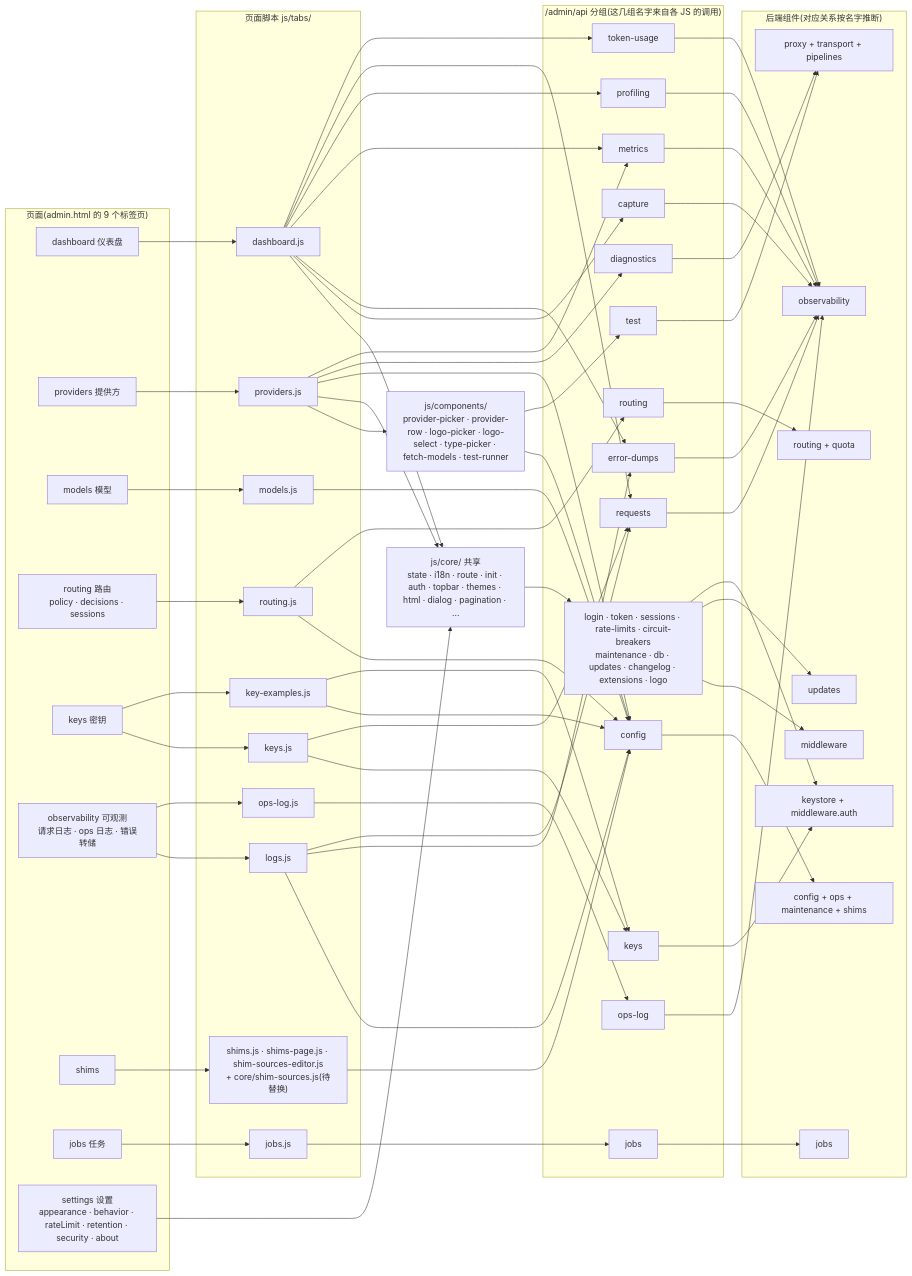
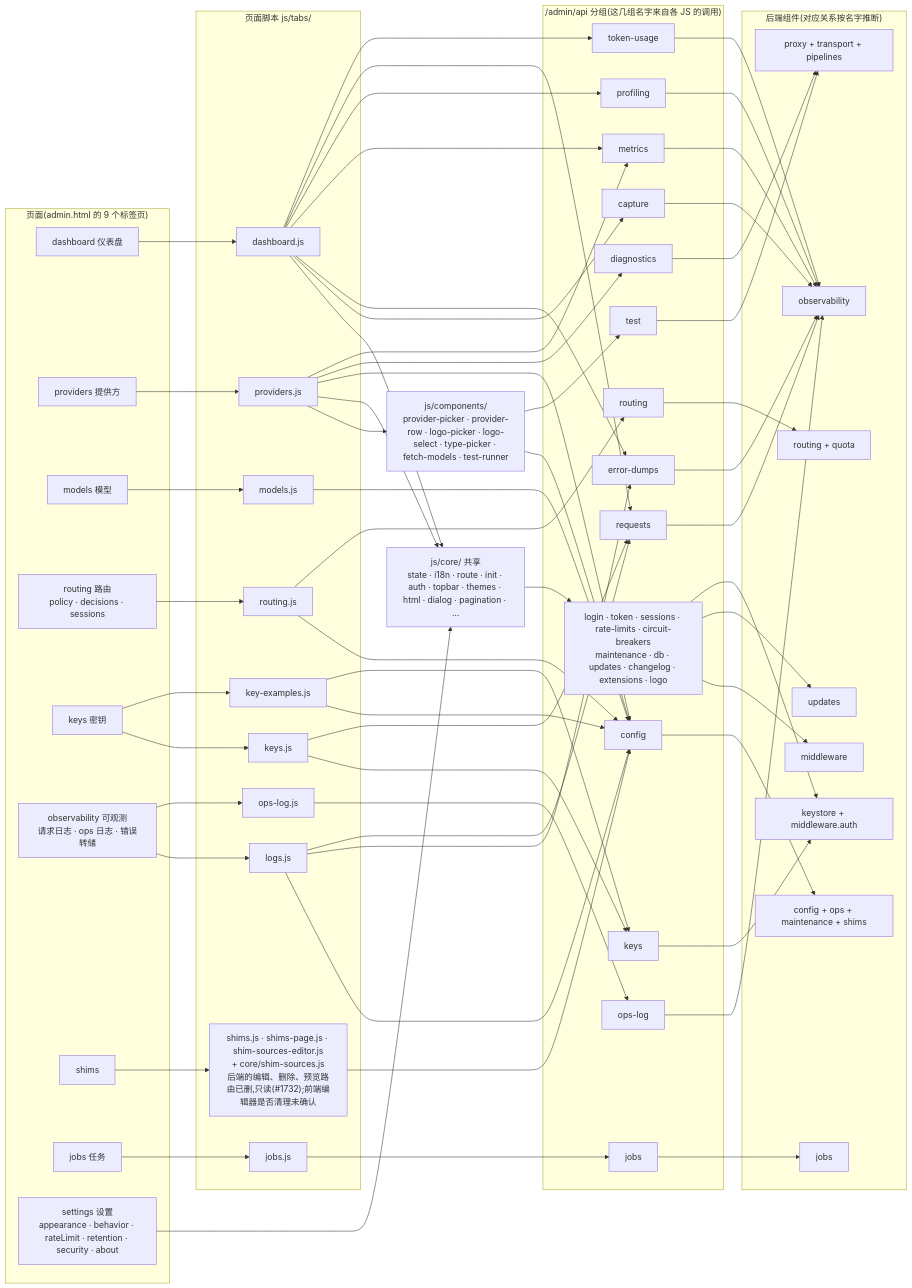
The diagram in admin.mmd (Oaklight/llm-rosetta), drawn with Mermaid before and after one commit. The commit also changed 2 other files, not shown here.

Commit message:
diagrams: directory sources and the shims.yaml loader are gone; admin shim routes are read-only (#1732)

```diff
--- a/admin.mmd
+++ b/admin.mmd
@@ -1,111 +1,111 @@
 flowchart LR
   subgraph PAGES["页面(admin.html 的 9 个标签页)"]
     P_DASH["dashboard 仪表盘"]
     P_PROV["providers 提供方"]
     P_MOD["models 模型"]
     P_ROUTE["routing 路由<br/>policy · decisions · sessions"]
     P_KEYS["keys 密钥"]
     P_OBS["observability 可观测<br/>请求日志 · ops 日志 · 错误转储"]
     P_SHIM["shims"]
     P_JOBS["jobs 任务"]
     P_SET["settings 设置<br/>appearance · behavior · rateLimit · retention · security · about"]
   end
   subgraph TABJS["页面脚本 js/tabs/"]
     T_DASH["dashboard.js"]
     T_PROV["providers.js"]
     T_MOD["models.js"]
     T_ROUTE["routing.js"]
     T_KEYS["keys.js"]
     T_KEX["key-examples.js"]
     T_LOGS["logs.js"]
     T_OPS["ops-log.js"]
-    T_SHIMS["shims.js · shims-page.js · shim-sources-editor.js<br/>+ core/shim-sources.js(待替换)"]
+    T_SHIMS["shims.js · shims-page.js · shim-sources-editor.js<br/>+ core/shim-sources.js<br/>后端的编辑、删除、预览路由已删,只读(#1732);前端编辑器是否清理未确认"]
     T_JOBS["jobs.js"]
   end
   COMP["js/components/<br/>provider-picker · provider-row · logo-picker · logo-select · type-picker · fetch-models · test-runner"]
   SHARED["js/core/ 共享<br/>state · i18n · route · init · auth · topbar · themes · html · dialog · pagination · ..."]
 
   subgraph APIS["/admin/api 分组(这几组名字来自各 JS 的调用)"]
     A_CFG["config"]
     A_KEYS["keys"]
     A_REQ["requests"]
     A_DUMP["error-dumps"]
     A_MET["metrics"]
     A_TOK["token-usage"]
     A_CAP["capture"]
     A_PROF["profiling"]
     A_OPS["ops-log"]
     A_JOBS["jobs"]
     A_ROUTE["routing"]
     A_DIAG["diagnostics"]
     A_TEST["test"]
     A_OTHER["login · token · sessions · rate-limits · circuit-breakers<br/>maintenance · db · updates · changelog · extensions · logo"]
   end
   subgraph BACK["后端组件(对应关系按名字推断)"]
     B_CFG["config + ops + maintenance + shims"]
     B_KS["keystore + middleware.auth"]
     B_OBS["observability"]
     B_JOBS["jobs"]
     B_ROUTE["routing + quota"]
     B_REQ["proxy + transport + pipelines"]
     B_MW["middleware"]
     B_UPD["updates"]
   end
 
   P_DASH --> T_DASH
   P_PROV --> T_PROV
   P_MOD --> T_MOD
   P_ROUTE --> T_ROUTE
   P_KEYS --> T_KEYS
   P_KEYS --> T_KEX
   P_OBS --> T_LOGS
   P_OBS --> T_OPS
   P_SHIM --> T_SHIMS
   P_JOBS --> T_JOBS
   P_SET --> SHARED
   T_PROV --> COMP
   T_DASH --> SHARED
   T_PROV --> SHARED
 
   T_DASH --> A_CAP
   T_DASH --> A_DUMP
   T_DASH --> A_MET
   T_DASH --> A_PROF
   T_DASH --> A_REQ
   T_DASH --> A_TOK
   T_PROV --> A_CFG
   T_PROV --> A_DIAG
   T_PROV --> A_MET
   COMP --> A_CFG
   COMP --> A_TEST
   T_MOD --> A_CFG
   T_ROUTE --> A_CFG
   T_ROUTE --> A_ROUTE
   T_KEYS --> A_KEYS
   T_KEYS --> A_REQ
   T_KEX --> A_CFG
   T_KEX --> A_KEYS
   T_LOGS --> A_CFG
   T_LOGS --> A_DUMP
   T_LOGS --> A_REQ
   T_OPS --> A_OPS
   T_SHIMS --> A_CFG
   T_JOBS --> A_JOBS
   SHARED --> A_OTHER
 
   A_CFG --> B_CFG
   A_KEYS --> B_KS
   A_REQ --> B_OBS
   A_DUMP --> B_OBS
   A_MET --> B_OBS
   A_TOK --> B_OBS
   A_CAP --> B_OBS
   A_PROF --> B_OBS
   A_OPS --> B_OBS
   A_JOBS --> B_JOBS
   A_ROUTE --> B_ROUTE
   A_DIAG --> B_REQ
   A_TEST --> B_REQ
   A_OTHER --> B_MW
   A_OTHER --> B_UPD
   A_OTHER --> B_KS
```
